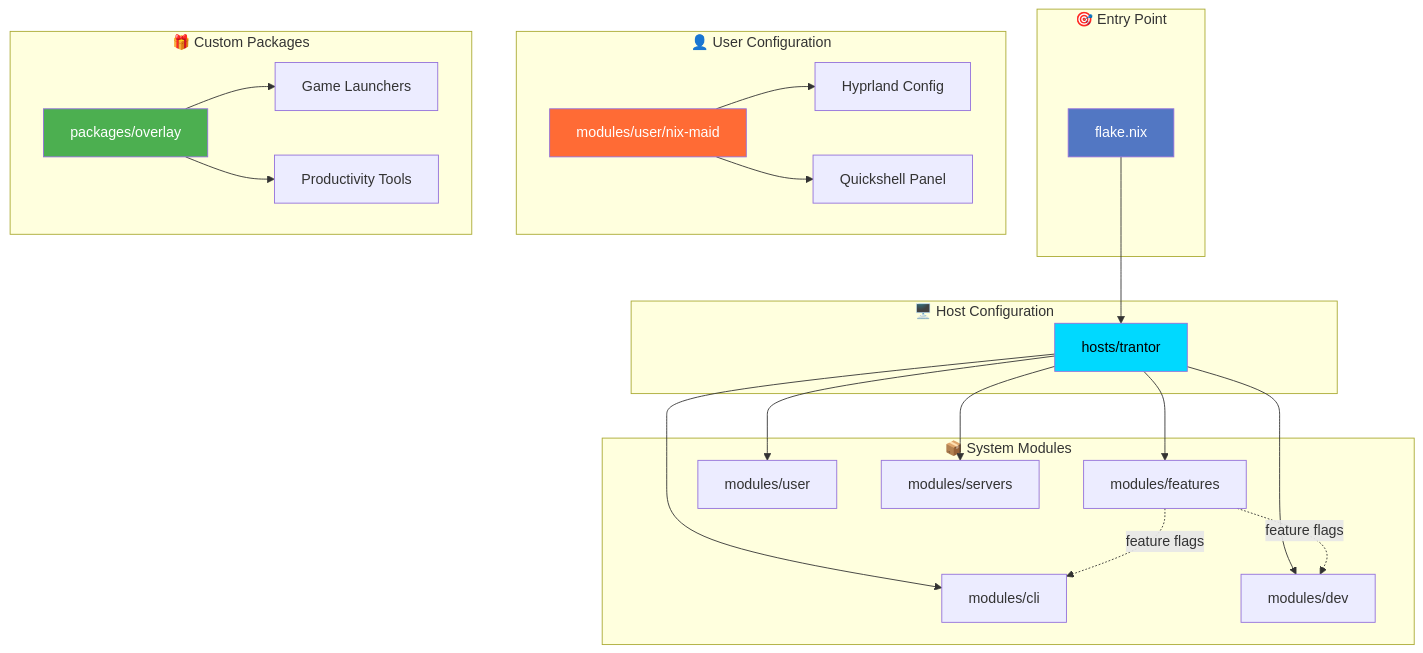
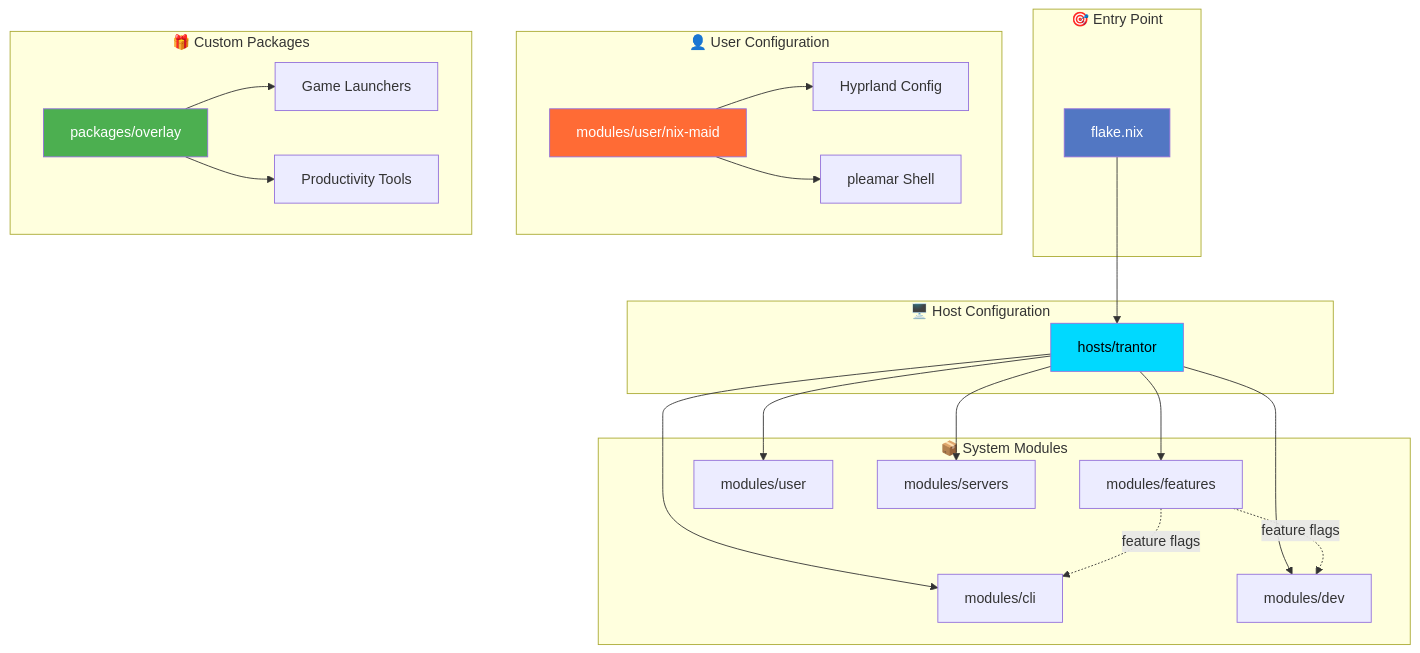
One commit to neg-serg/nixos-config changed the first of 5 diagrams in README.md. Above: the diagram before and after it, drawn with Mermaid. The commit also changed other lines of this file and 4 other files, not shown here.

First line of the commit message:
[docs] Describe pleamar where the docs still described Quickshell

````diff
--- a/README.md
+++ b/README.md
@@ -99,48 +99,48 @@
 ```mermaid
 graph TB
     subgraph "🎯 Entry Point"
         A[flake.nix]
     end
     
     subgraph "🖥️ Host Configuration"
         B[hosts/trantor]
     end
     
     subgraph "📦 System Modules"
         C[modules/features]
         D[modules/cli]
         E[modules/dev]
         F[modules/user]
         G[modules/servers]
     end
     
     subgraph "👤 User Configuration"
         H[modules/user/nix-maid]
         I[Hyprland Config]
-        J[Quickshell Panel]
+        J[pleamar Shell]
     end
     
     subgraph "🎁 Custom Packages"
         K[packages/overlay]
         L[Game Launchers]
         M[Productivity Tools]
     end
     
     A --> B
     B --> C
     B --> D
     B --> E
     B --> F
     B --> G
     H --> I
     H --> J
     C -.feature flags.-> D
     C -.feature flags.-> E
     K --> L
     K --> M
     
     style A fill:#5277C3,color:#fff
     style B fill:#00D9FF,color:#000
     style H fill:#FF6B35,color:#fff
     style K fill:#4CAF50,color:#fff
 ```
````
